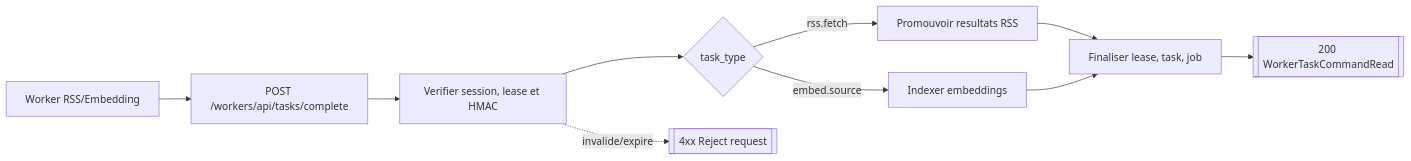
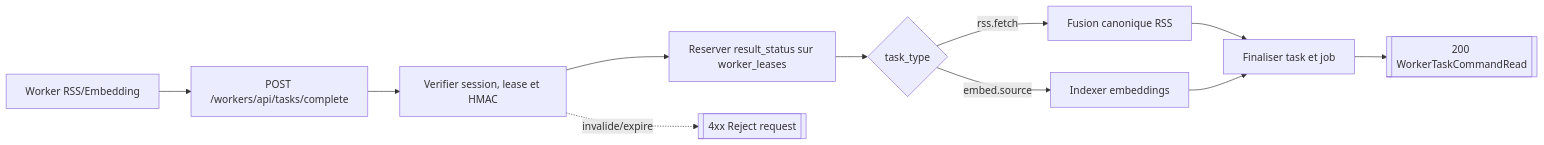
The third of 8 diagrams in backend/routes/workers.md (Manifeed/docs), drawn with Mermaid before and after one commit. The commit also changed other lines of this file and 4 other files, not shown here.

````diff
--- a/backend/routes/workers.md
+++ b/backend/routes/workers.md
@@ -69,12 +71,13 @@
 ```mermaid
 flowchart LR
     worker["Worker RSS/Embedding"] --> route["POST /workers/api/tasks/complete"]
     route --> verify["Verifier session, lease et HMAC"]
-    verify --> branch{"task_type"}
-    branch -->|rss.fetch| rss["Promouvoir resultats RSS"]
+    verify --> reserve["Reserver result_status sur worker_leases"]
+    reserve --> branch{"task_type"}
+    branch -->|rss.fetch| rss["Fusion canonique RSS"]
     branch -->|embed.source| emb["Indexer embeddings"]
-    rss --> finalize["Finaliser lease, task, job"]
+    rss --> finalize["Finaliser task et job"]
     emb --> finalize
     finalize --> response[["200 WorkerTaskCommandRead"]]
     verify -. invalide/expire .-> e4xx[["4xx Reject request"]]
 ```
````
